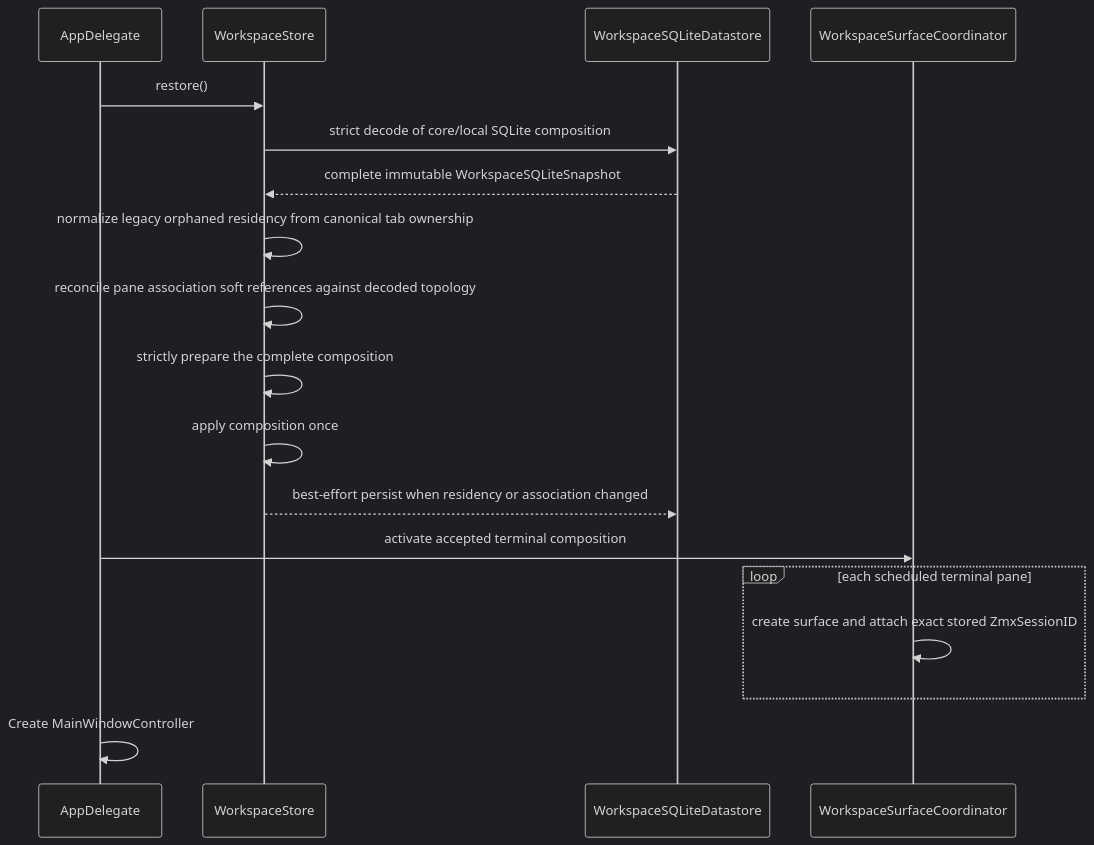
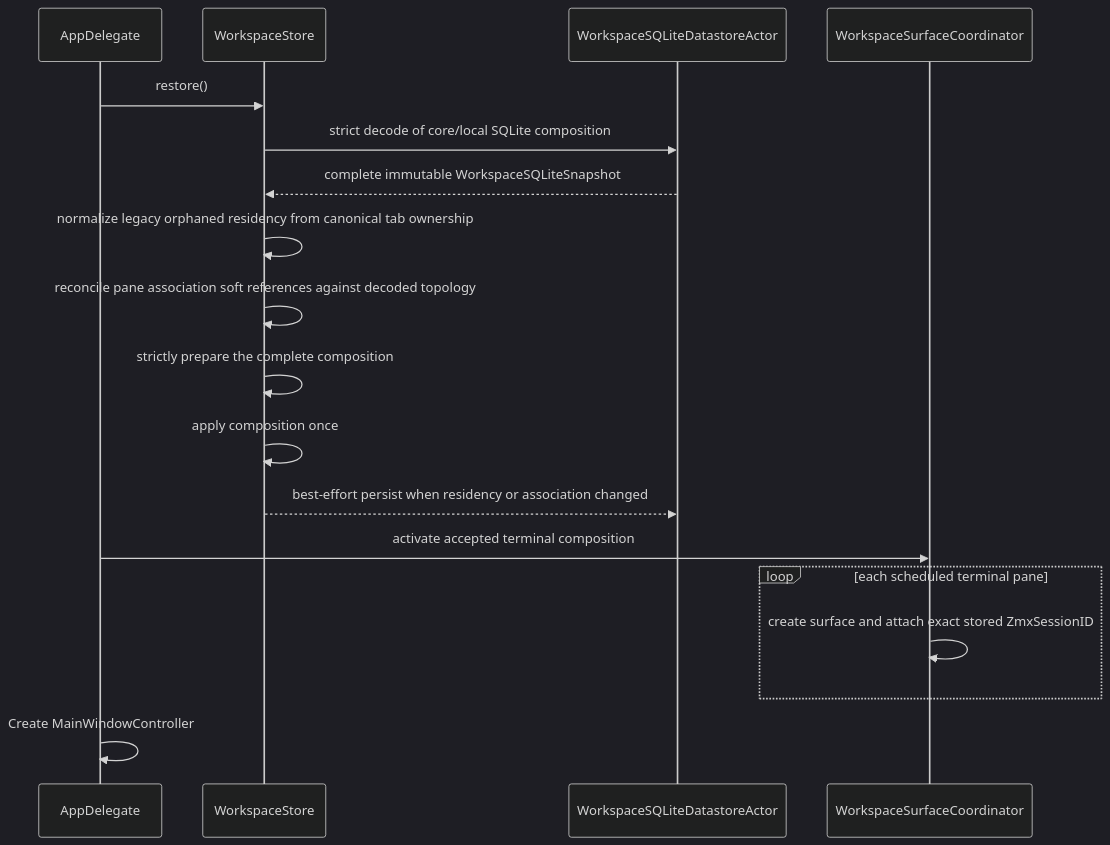
Before and after one commit to ShravanSunder/agentstudio: the fifth of 6 diagrams in docs/architecture/runtime/session_lifecycle.md, drawn with Mermaid (dark theme). The commit also changed other lines of this file and 1277 other files, not shown here.

````diff
--- a/docs/architecture/runtime/session_lifecycle.md
+++ b/docs/architecture/runtime/session_lifecycle.md
@@ -305,23 +305,23 @@
 ```mermaid
 sequenceDiagram
     participant AD as AppDelegate
     participant Store as WorkspaceStore
-    participant DB as WorkspaceSQLiteDatastore
+    participant DB as WorkspaceSQLiteDatastoreActor
     participant Coord as WorkspaceSurfaceCoordinator
 
     AD->>Store: restore()
     Store->>DB: strict decode of core/local SQLite composition
     DB-->>Store: complete immutable WorkspaceSQLiteSnapshot
     Store->>Store: normalize legacy orphaned residency from canonical tab ownership
     Store->>Store: reconcile pane association soft references against decoded topology
     Store->>Store: strictly prepare the complete composition
     Store->>Store: apply composition once
     Store-->>DB: best-effort persist when residency or association changed
 
     AD->>Coord: activate accepted terminal composition
     loop each scheduled terminal pane
         Coord->>Coord: create surface and attach exact stored ZmxSessionID
     end
 
     AD->>AD: Create MainWindowController
 ```
````
